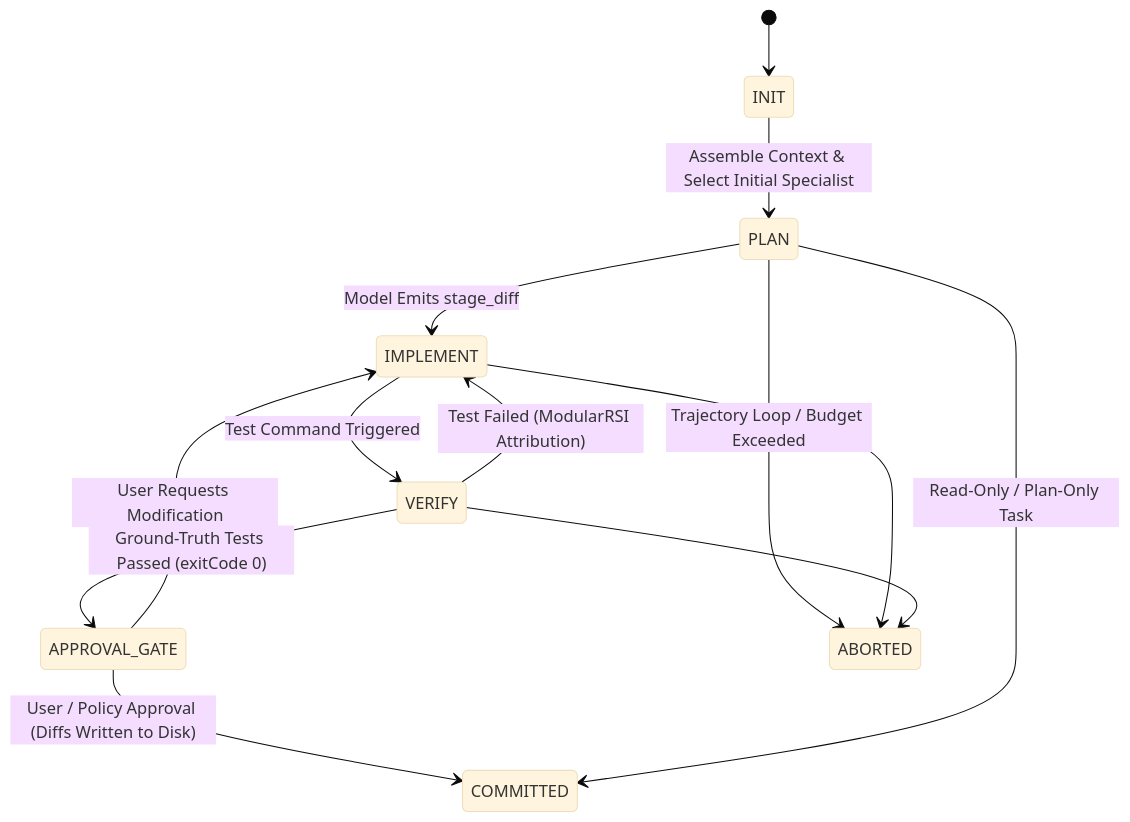
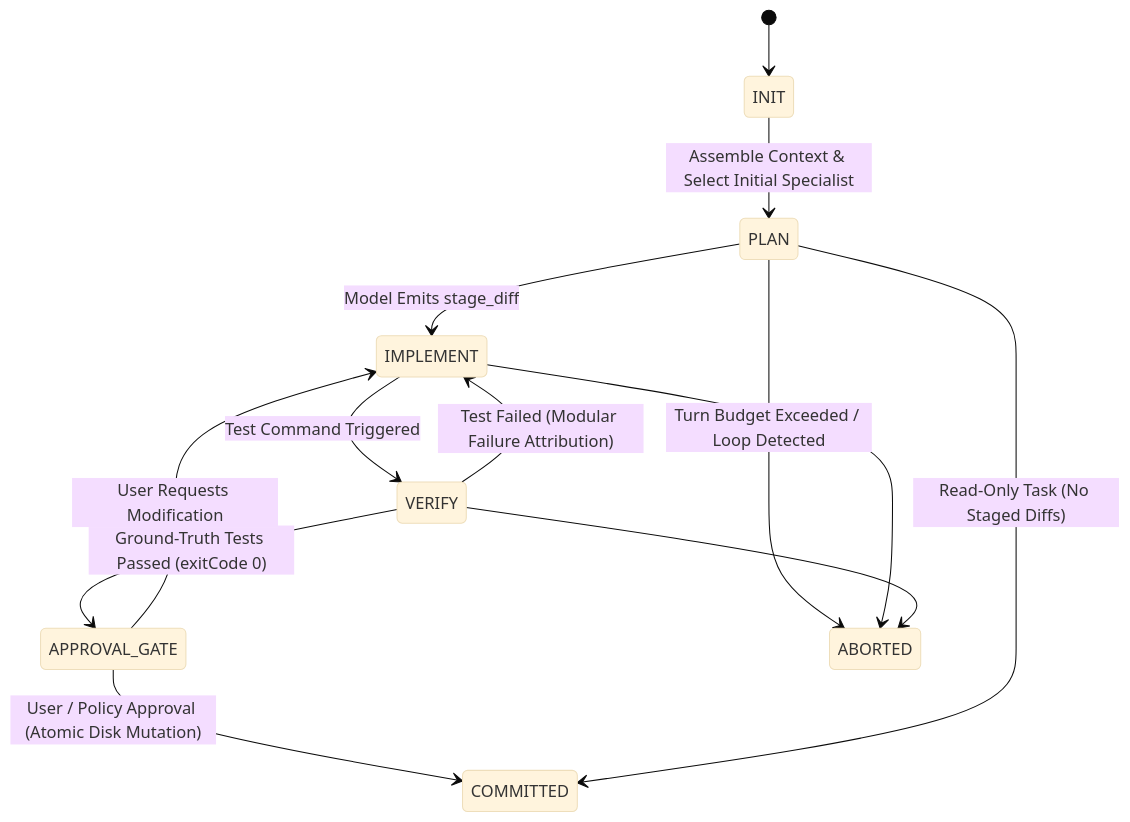
One commit to kruschdev/krusch changed the diagram in README.md. Above: the diagram before and after it, drawn with Mermaid (base theme). The commit also changed other lines of this file and 7 other files, not shown here.

````diff
--- a/README.md
+++ b/README.md
@@ -33,15 +34,15 @@
 ```mermaid
 stateDiagram-v2
     [*] --> INIT
     INIT --> PLAN : Assemble Context & Select Initial Specialist
     PLAN --> IMPLEMENT : Model Emits stage_diff
     IMPLEMENT --> VERIFY : Test Command Triggered
-    VERIFY --> IMPLEMENT : Test Failed (ModularRSI Attribution)
+    VERIFY --> IMPLEMENT : Test Failed (Modular Failure Attribution)
     VERIFY --> APPROVAL_GATE : Ground-Truth Tests Passed (exitCode 0)
-    APPROVAL_GATE --> COMMITTED : User / Policy Approval (Diffs Written to Disk)
+    APPROVAL_GATE --> COMMITTED : User / Policy Approval (Atomic Disk Mutation)
     APPROVAL_GATE --> IMPLEMENT : User Requests Modification
-    PLAN --> COMMITTED : Read-Only / Plan-Only Task
-    PLAN --> ABORTED : Trajectory Loop / Budget Exceeded
+    PLAN --> COMMITTED : Read-Only Task (No Staged Diffs)
+    PLAN --> ABORTED : Turn Budget Exceeded / Loop Detected
     IMPLEMENT --> ABORTED
     VERIFY --> ABORTED
 ```
````
